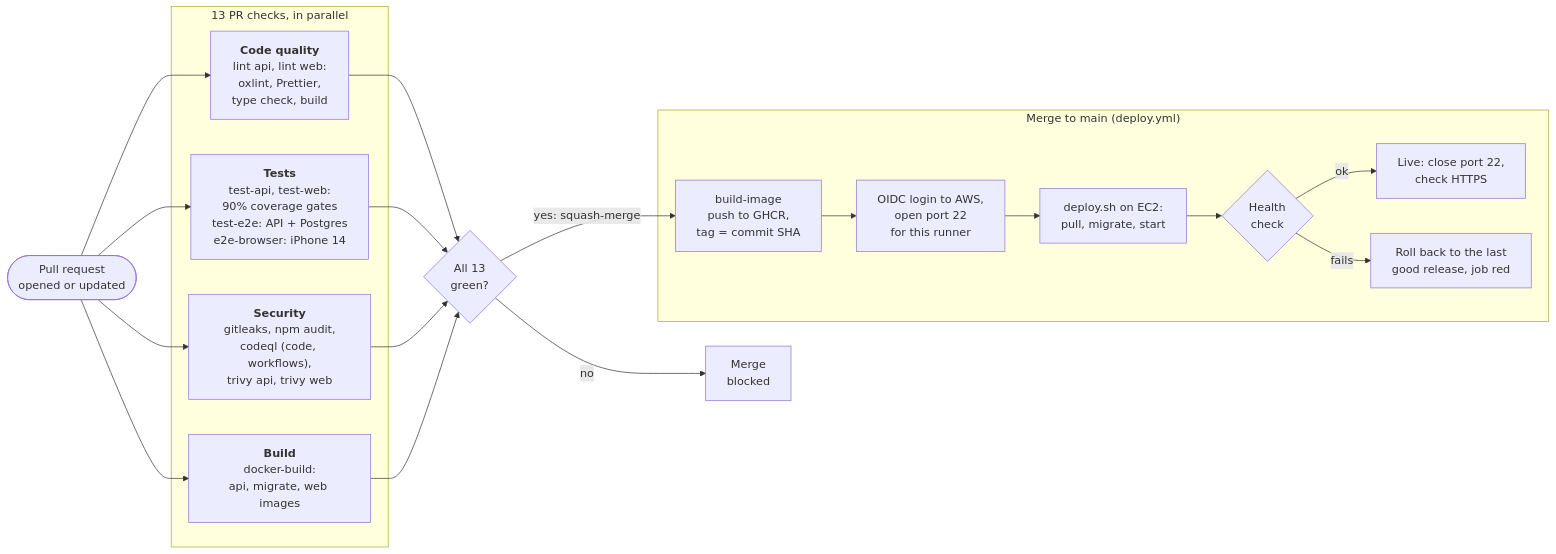
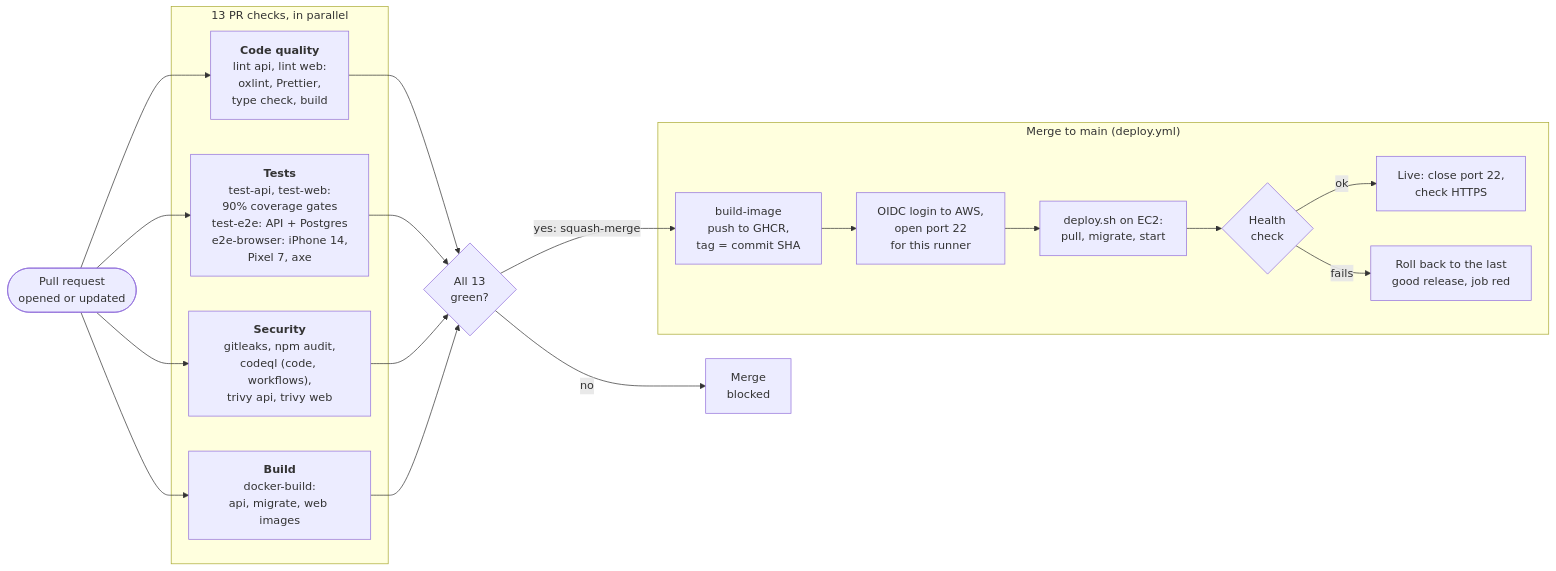
The diagram in docs/pipeline.md (cheewei0123/ay2626s2-cicdp-ChongCheeWei), drawn with Mermaid before and after one commit. The commit also changed other lines of this file and 22 other files, not shown here.

First line of the commit message:
KAN-103 ci(qa): fill the QA gaps: tests per feature, requirements, axe, e2e coverage, Stryker, ZAP, Lighthouse, Pixel 7 (#140)

````diff
--- a/docs/pipeline.md
+++ b/docs/pipeline.md
@@ -9,27 +9,27 @@
 ```mermaid
 flowchart LR
   PR(["Pull request<br/>opened or updated"])
   subgraph CI["13 PR checks, in parallel"]
     Q["<b>Code quality</b><br/>lint api, lint web:<br/>oxlint, Prettier,<br/>type check, build"]
-    T["<b>Tests</b><br/>test-api, test-web:<br/>90% coverage gates<br/>test-e2e: API + Postgres<br/>e2e-browser: iPhone 14"]
+    T["<b>Tests</b><br/>test-api, test-web:<br/>90% coverage gates<br/>test-e2e: API + Postgres<br/>e2e-browser: iPhone 14,<br/>Pixel 7, axe"]
     S["<b>Security</b><br/>gitleaks, npm audit,<br/>codeql (code, workflows),<br/>trivy api, trivy web"]
     B["<b>Build</b><br/>docker-build:<br/>api, migrate, web images"]
   end
   G{"All 13<br/>green?"}
   X["Merge<br/>blocked"]
   subgraph CD["Merge to main (deploy.yml)"]
     P["build-image<br/>push to GHCR,<br/>tag = commit SHA"]
     O["OIDC login to AWS,<br/>open port 22<br/>for this runner"]
     D["deploy.sh on EC2:<br/>pull, migrate, start"]
     H{"Health<br/>check"}
     OK["Live: close port 22,<br/>check HTTPS"]
     R["Roll back to the last<br/>good release, job red"]
   end
   PR --> Q & T & S & B
   Q & T & S & B --> G
   G -->|no| X
   G -->|"yes: squash-merge"| P
   P --> O --> D --> H
   H -->|ok| OK
   H -->|fails| R
 ```
````
